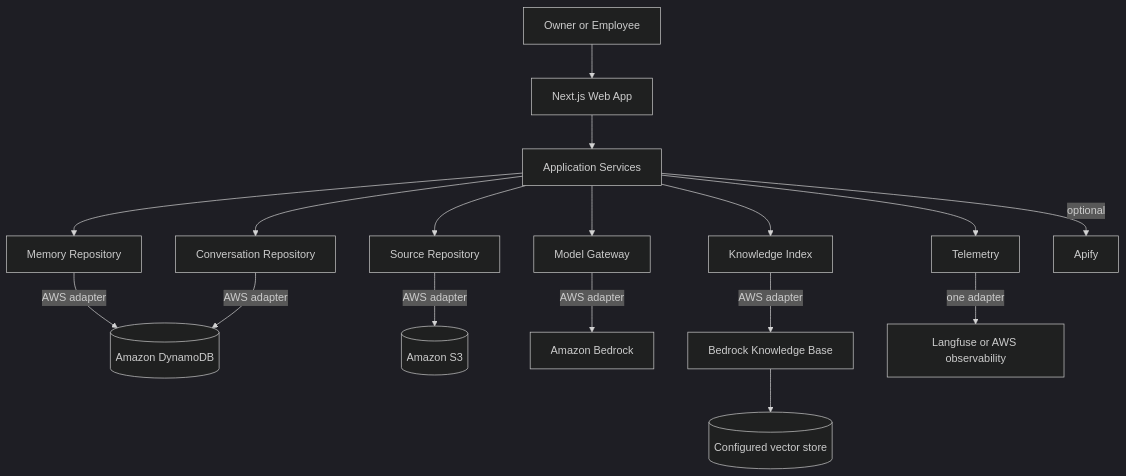
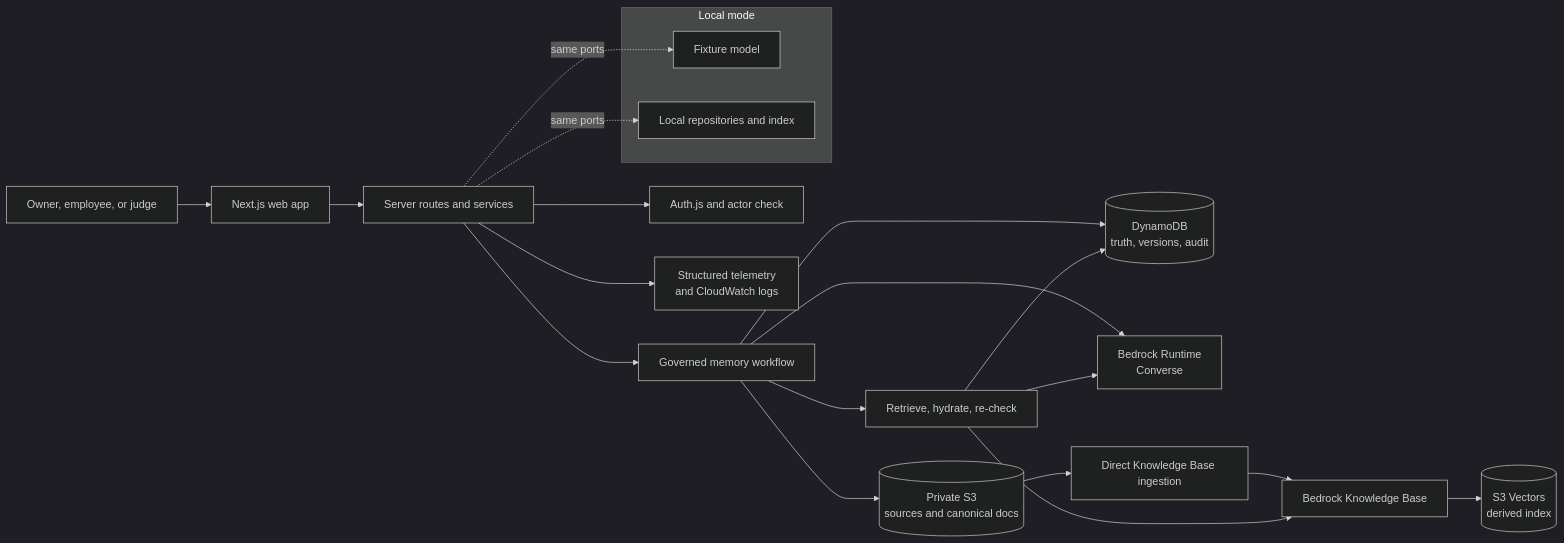
The first of 4 diagrams in docs/ARCHITECTURE.md (NCK-Agency/MyLittleCompany), drawn with Mermaid (dark theme) before and after one commit. The commit also changed other lines of this file and 225 other files, not shown here.

Commit message:
feat: build the governed-memory demo experience

````diff
--- a/docs/ARCHITECTURE.md
+++ b/docs/ARCHITECTURE.md
@@ -22,22 +25,30 @@
 ```mermaid
-flowchart TB
-    U[Owner or Employee] --> W[Next.js Web App]
-    W --> S[Application Services]
+flowchart LR
+    U[Owner, employee, or judge] --> UI[Next.js web app]
+    UI --> API[Server routes and services]
 
-    S --> MR[Memory Repository]
-    S --> CR[Conversation Repository]
-    S --> SR[Source Repository]
-    S --> MG[Model Gateway]
-    S --> KI[Knowledge Index]
-    S --> T[Telemetry]
+    API --> AUTH[Auth.js and actor check]
+    API --> WORK[Governed memory workflow]
 
-    MR -->|AWS adapter| DDB[(Amazon DynamoDB)]
-    CR -->|AWS adapter| DDB
-    SR -->|AWS adapter| S3[(Amazon S3)]
-    MG -->|AWS adapter| BR[Amazon Bedrock]
-    KI -->|AWS adapter| KB[Bedrock Knowledge Base]
-    KB --> VS[(Configured vector store)]
+    WORK --> DDB[(DynamoDB\ntruth, versions, audit)]
+    WORK --> BR[Bedrock Runtime\nConverse]
+    WORK --> S3[(Private S3\nsources and canonical docs)]
 
-    S -->|optional| AP[Apify]
-    T -->|one adapter| LF[Langfuse or AWS observability]
+    S3 --> INGEST[Direct Knowledge Base ingestion]
+    INGEST --> KB[Bedrock Knowledge Base]
+    KB --> VEC[(S3 Vectors\nderived index)]
+
+    WORK --> RETRIEVE[Retrieve, hydrate, re-check]
+    RETRIEVE --> KB
+    RETRIEVE --> DDB
+    RETRIEVE --> BR
+
+    API --> OBS[Structured telemetry\nand CloudWatch logs]
+
+    subgraph Local mode
+      LMODEL[Fixture model]
+      LSTORE[Local repositories and index]
+    end
+    API -.same ports.-> LMODEL
+    API -.same ports.-> LSTORE
 ```
````
